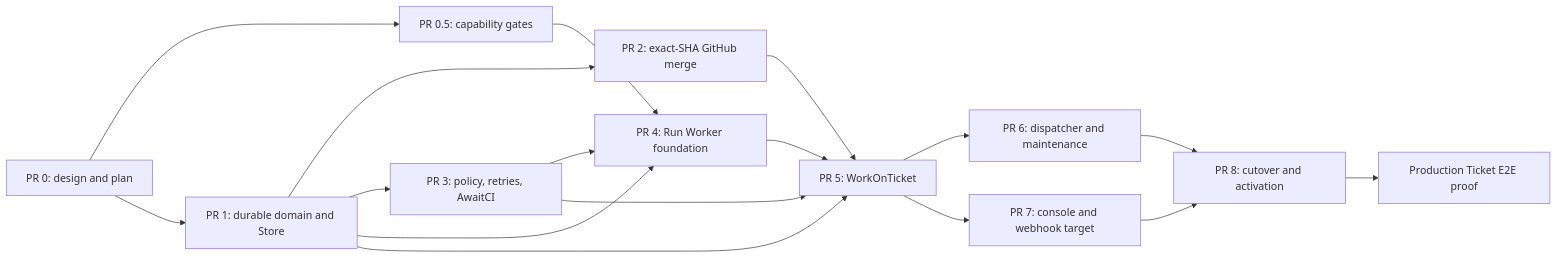
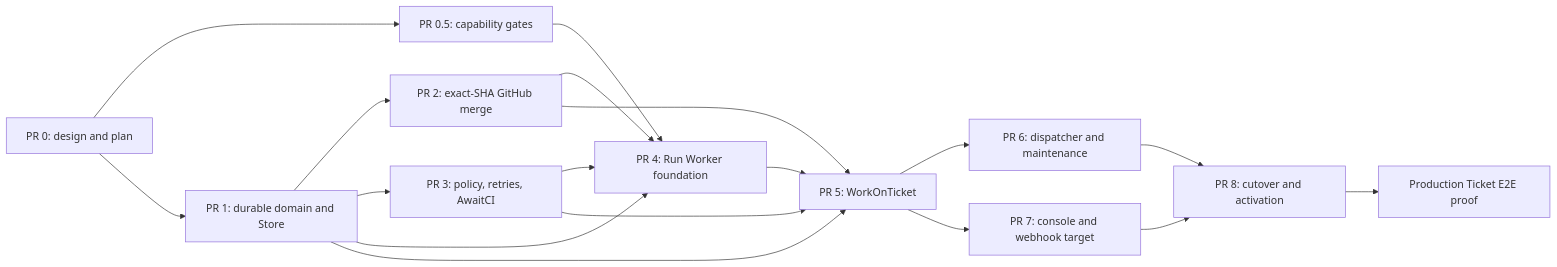
One commit to 0x63616c/control-center changed the diagram in docs/superpowers/plans/2026-07-31-software-factory-v0-autonomous-merge.md. Above: the diagram before and after it, drawn with Mermaid. The commit also changed other lines of this file, not shown here.

````diff
--- a/docs/superpowers/plans/2026-07-31-software-factory-v0-autonomous-merge.md
+++ b/docs/superpowers/plans/2026-07-31-software-factory-v0-autonomous-merge.md
@@ -132,19 +132,20 @@
 ```mermaid
 flowchart LR
     P0["PR 0: design and plan"] --> P05["PR 0.5: capability gates"]
     P0 --> P1["PR 1: durable domain and Store"]
     P1 --> P2["PR 2: exact-SHA GitHub merge"]
     P1 --> P3["PR 3: policy, retries, AwaitCI"]
     P05 --> P4["PR 4: Run Worker foundation"]
     P1 --> P4
+    P2 --> P4
     P3 --> P4
     P1 --> P5["PR 5: WorkOnTicket"]
     P2 --> P5
     P3 --> P5
     P4 --> P5
     P5 --> P6["PR 6: dispatcher and maintenance"]
     P5 --> P7["PR 7: console and webhook target"]
     P6 --> P8["PR 8: cutover and activation"]
     P7 --> P8
     P8 --> E2E["Production Ticket E2E proof"]
 ```
````
